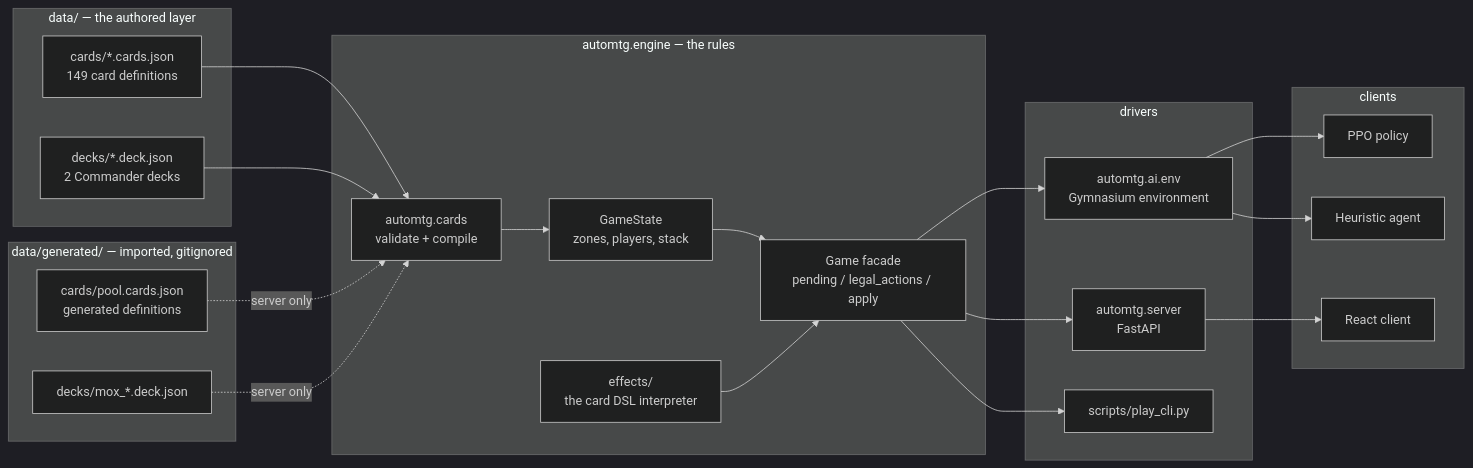
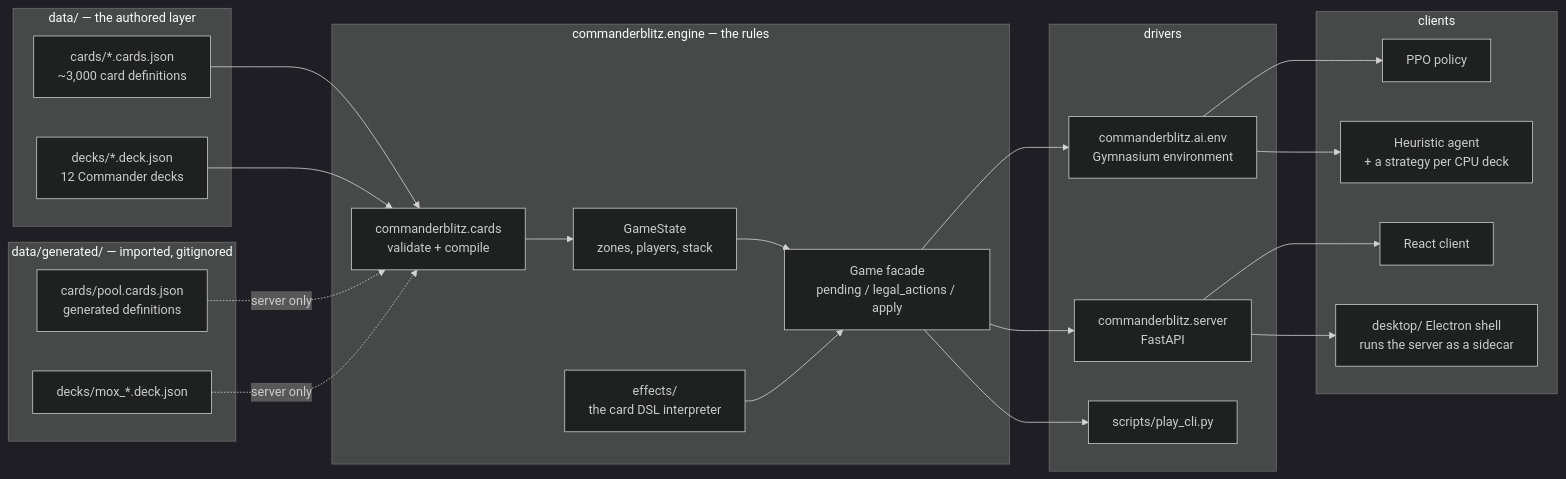
Before and after one commit to TylerGauntlett/commander-blitz: the first of 3 diagrams in docs/architecture.md, drawn with Mermaid (dark theme). The commit also changed other lines of this file and 1036 other files, not shown here.

````diff
--- a/docs/architecture.md
+++ b/docs/architecture.md
@@ -8,45 +8,47 @@
 ```mermaid
 flowchart LR
     subgraph data["data/ — the authored layer"]
-        cards["cards/*.cards.json<br/>149 card definitions"]
-        decks["decks/*.deck.json<br/>2 Commander decks"]
+        cards["cards/*.cards.json<br/>~3,000 card definitions"]
+        decks["decks/*.deck.json<br/>12 Commander decks"]
     end
 
     subgraph generated["data/generated/ — imported, gitignored"]
         pool["cards/pool.cards.json<br/>generated definitions"]
         mox["decks/mox_*.deck.json"]
     end
 
-    subgraph core["automtg.engine — the rules"]
-        loader["automtg.cards<br/>validate + compile"]
+    subgraph core["commanderblitz.engine — the rules"]
+        loader["commanderblitz.cards<br/>validate + compile"]
         state["GameState<br/>zones, players, stack"]
         game["Game facade<br/>pending / legal_actions / apply"]
         effects["effects/<br/>the card DSL interpreter"]
     end
 
     subgraph drivers["drivers"]
-        env["automtg.ai.env<br/>Gymnasium environment"]
-        server["automtg.server<br/>FastAPI"]
+        env["commanderblitz.ai.env<br/>Gymnasium environment"]
+        server["commanderblitz.server<br/>FastAPI"]
         cli["scripts/play_cli.py"]
     end
 
     subgraph clients["clients"]
         policy["PPO policy"]
-        heuristic["Heuristic agent"]
+        heuristic["Heuristic agent<br/>+ a strategy per CPU deck"]
         react["React client"]
+        desktop["desktop/ Electron shell<br/>runs the server as a sidecar"]
     end
 
     cards --> loader
     decks --> loader
     pool -.->|"server only"| loader
     mox -.->|"server only"| loader
     loader --> state
     state --> game
     effects --> game
     game --> env
     game --> server
     game --> cli
     env --> policy
     env --> heuristic
     server --> react
+    server --> desktop
 ```
````
